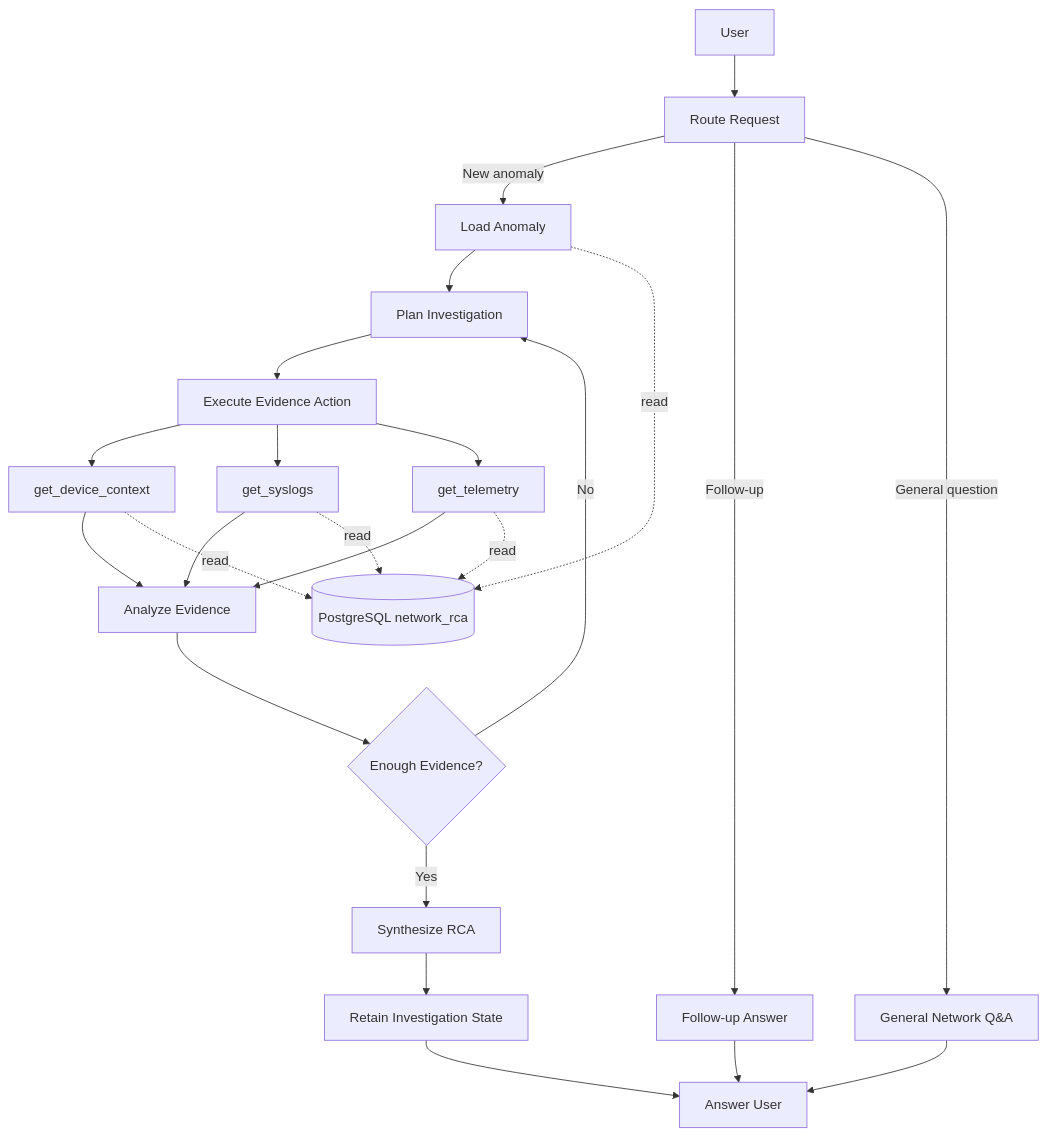
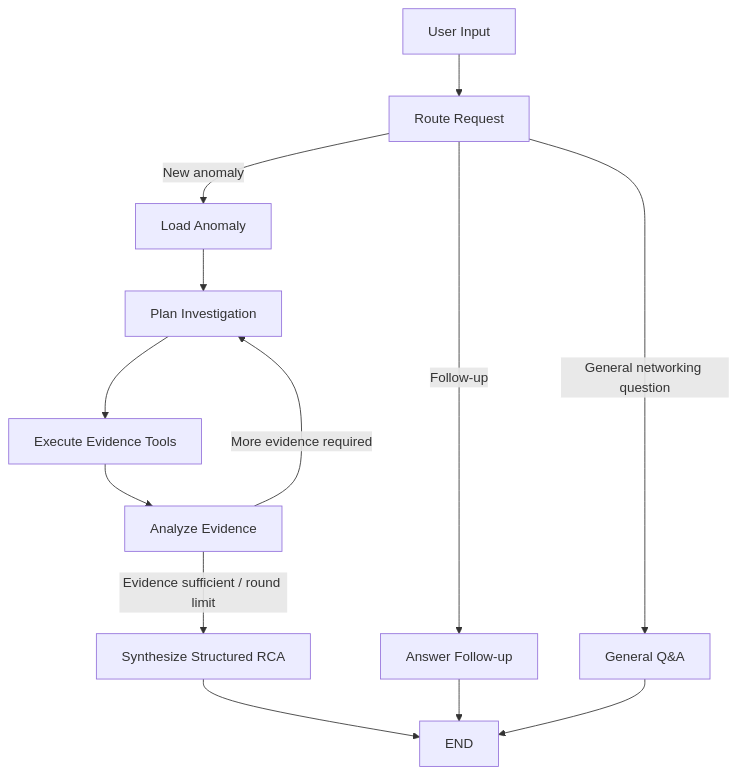
One commit to Yujata22/agentic-network-rca changed the diagram in README.md. Above: the diagram before and after it, drawn with Mermaid. The commit also changed other lines of this file, not shown here.

````diff
--- a/README.md
+++ b/README.md
@@ -459,39 +57,19 @@
 ```mermaid
 flowchart TD
+    A[User Input] --> B[Route Request]
 
-    U[User] --> R[Route Request]
+    B -->|New anomaly| C[Load Anomaly]
+    B -->|Follow-up| H[Answer Follow-up]
+    B -->|General networking question| I[General Q&A]
 
-    R -->|New anomaly| A[Load Anomaly]
-    R -->|Follow-up| F[Follow-up Answer]
-    R -->|General question| G[General Network Q&A]
+    C --> D[Plan Investigation]
+    D --> E[Execute Evidence Tools]
+    E --> F[Analyze Evidence]
 
-    A --> P[Plan Investigation]
+    F -->|More evidence required| D
+    F -->|Evidence sufficient / round limit| G[Synthesize Structured RCA]
 
-    P --> X[Execute Evidence Action]
-
-    X --> D1[get_device_context]
-    X --> D2[get_syslogs]
-    X --> D3[get_telemetry]
-
-    D1 --> E[Analyze Evidence]
-    D2 --> E
-    D3 --> E
-
-    E --> Q{Enough Evidence?}
-
-    Q -->|No| P
-    Q -->|Yes| S[Synthesize RCA]
-
-    S --> M[Retain Investigation State]
-    M --> O[Answer User]
-
-    F --> O
-    G --> O
-
-    DB[(PostgreSQL network_rca)]
-
-    A -. read .-> DB
-    D1 -. read .-> DB
-    D2 -. read .-> DB
-    D3 -. read .-> DB
+    G --> J[END]
+    H --> J
+    I --> J
 ```
````
